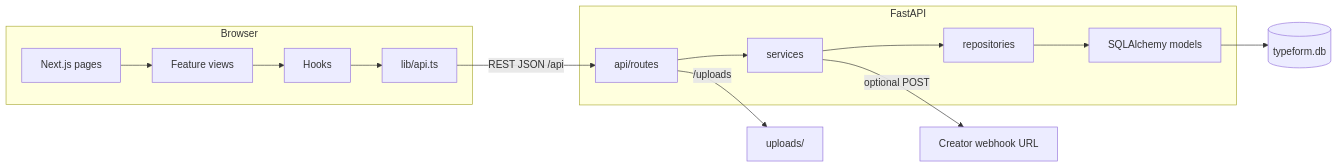
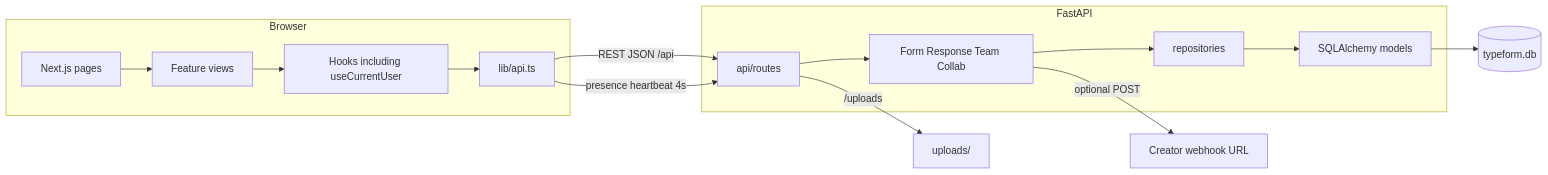
The first of 2 diagrams in docs/diagrams/component.md (ruthwikkakumani/formly), drawn with Mermaid before and after one commit. The commit also changed 11 other files, not shown here.

First line of the commit message:
docs: sync LLD and UML with live presence and activity history

````diff
--- a/docs/diagrams/component.md
+++ b/docs/diagrams/component.md
@@ -5,23 +5,24 @@
 ```mermaid
 flowchart LR
   subgraph Browser
     Pages[Next.js pages]
     Views[Feature views]
-    Hooks[Hooks]
+    Hooks[Hooks including useCurrentUser]
     Client[lib/api.ts]
     Pages --> Views --> Hooks --> Client
   end
 
   subgraph FastAPI
     Routes[api/routes]
-    Services[services]
+    Services[Form Response Team Collab]
     Repos[repositories]
     Models[SQLAlchemy models]
     Routes --> Services --> Repos --> Models
   end
 
   Client -->|REST JSON /api| Routes
+  Client -->|presence heartbeat 4s| Routes
   Models --> SQLite[(typeform.db)]
   Services -->|optional POST| Webhook[Creator webhook URL]
   Routes -->|/uploads| Disk[uploads/]
 ```
````
